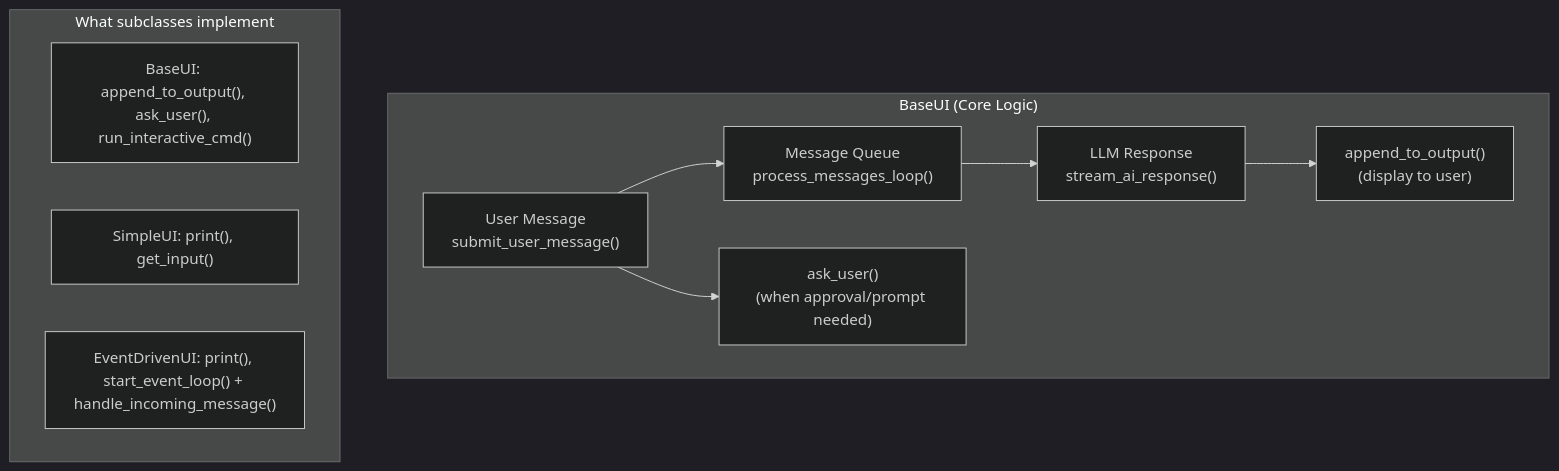
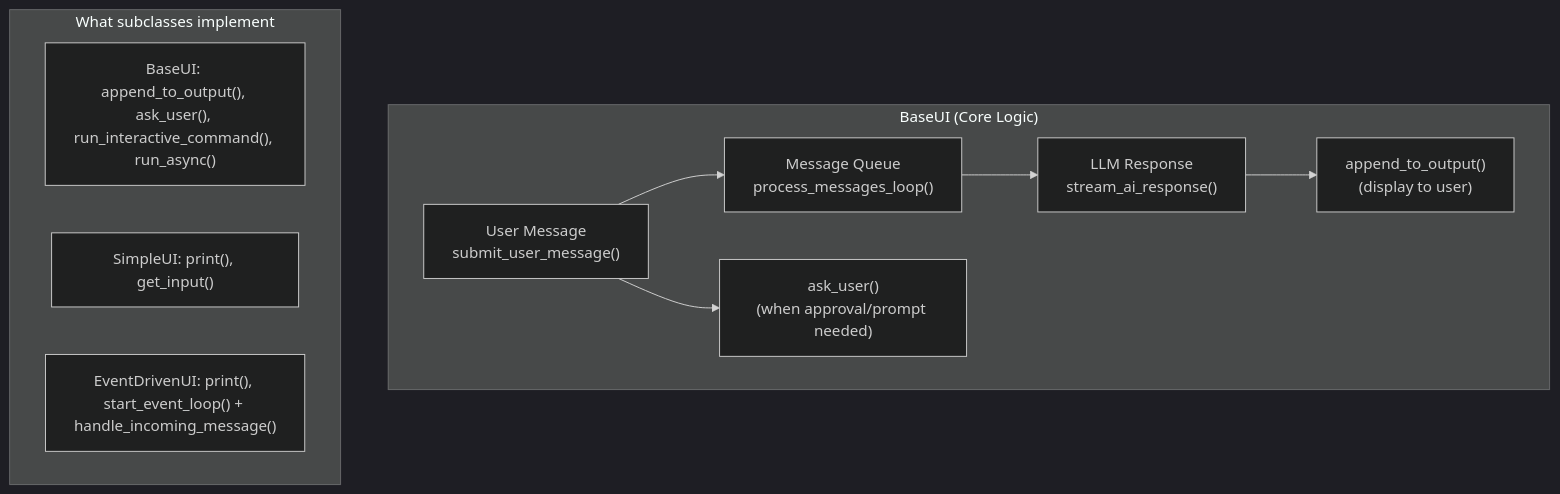
One commit to state-alchemists/zrb changed the first of 3 diagrams in docs/llm/llm-custom-ui.md. Above: the diagram before and after it, drawn with Mermaid (dark theme). The commit also changed other lines of this file and 97 other files, not shown here.

````diff
--- a/docs/llm/llm-custom-ui.md
+++ b/docs/llm/llm-custom-ui.md
@@ -30,19 +30,19 @@
 ```mermaid
 flowchart TB
     subgraph BaseUI["BaseUI (Core Logic)"]
         UserMsg["User Message\nsubmit_user_message()"]
         MsgQueue["Message Queue\nprocess_messages_loop()"]
         LLMResp["LLM Response\nstream_ai_response()"]
         Output["append_to_output()\n(display to user)"]
         AskUser["ask_user()\n(when approval/prompt needed)"]
 
         UserMsg --> MsgQueue --> LLMResp --> Output
         UserMsg --> AskUser
     end
 
     subgraph Implement["What subclasses implement"]
-        BaseImpl["BaseUI: append_to_output(), ask_user(), run_interactive_cmd()"]
+        BaseImpl["BaseUI: append_to_output(), ask_user(), run_interactive_command(), run_async()"]
         SimpleImpl["SimpleUI: print(), get_input()"]
         EventImpl["EventDrivenUI: print(), start_event_loop() + handle_incoming_message()"]
     end
 ```
````
